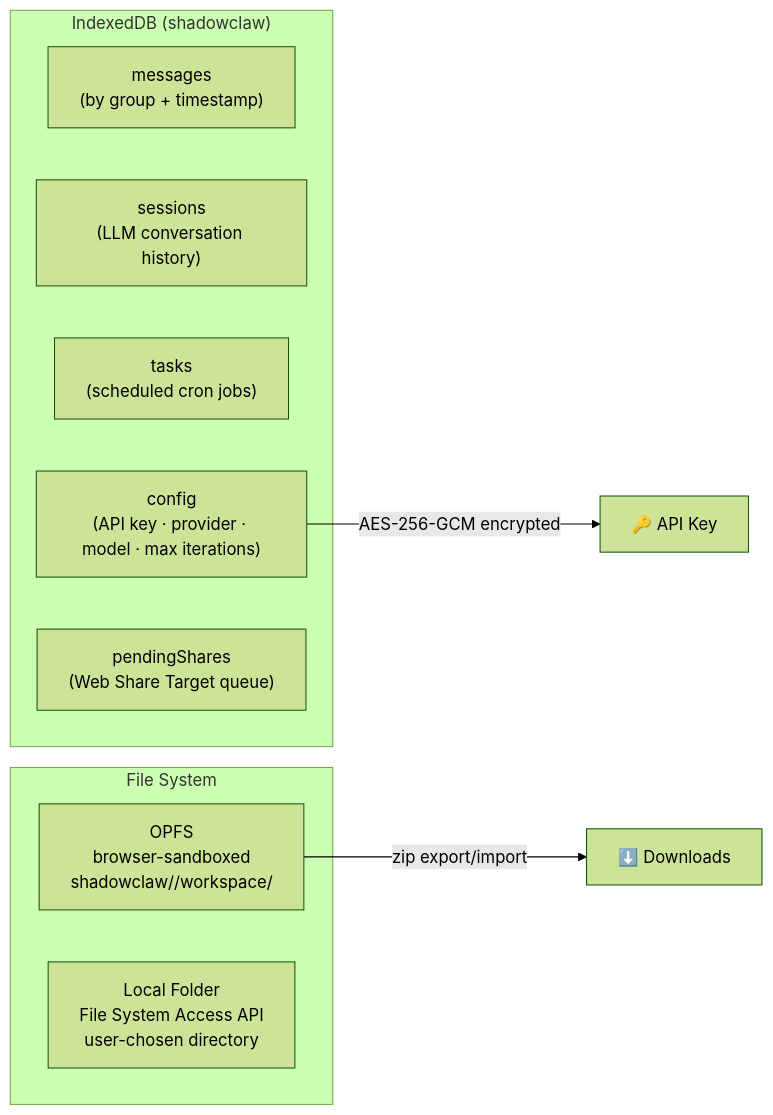
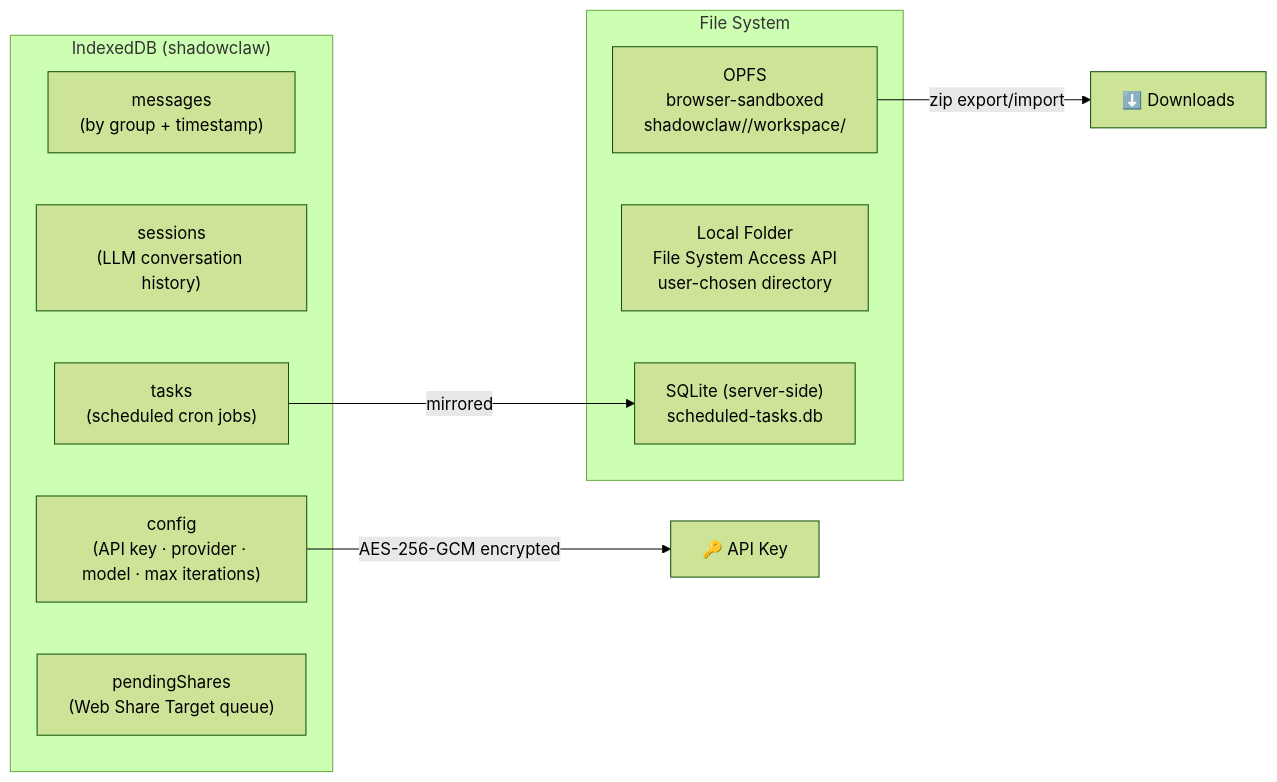
The third of 3 diagrams in README.md (xt-ml/shadow-claw), drawn with Mermaid (forest theme) before and after one commit. The commit also changed other lines of this file and 151 other files, not shown here.

````diff
--- a/README.md
+++ b/README.md
@@ -171,16 +173,18 @@
 ```mermaid
 graph LR
   subgraph IndexedDB ["IndexedDB (shadowclaw)"]
     messages["messages<br>(by group + timestamp)"]
     sessions["sessions<br>(LLM conversation history)"]
     tasks["tasks<br>(scheduled cron jobs)"]
     config["config<br>(API key · provider · model · max iterations)"]
     pendingShares["pendingShares<br>(Web Share Target queue)"]
   end
   subgraph FileSystem ["File System"]
     OPFS["OPFS<br>browser-sandboxed<br>shadowclaw/<groupId>/workspace/"]
     LocalFolder["Local Folder<br>File System Access API<br>user-chosen directory"]
+    SQLite["SQLite (server-side)<br>scheduled-tasks.db"]
   end
   OPFS -->|zip export/import| Downloads["⬇️ Downloads"]
   config -->|AES-256-GCM encrypted| ApiKey["🔑 API Key"]
+  tasks -->|mirrored| SQLite
 ```
````
